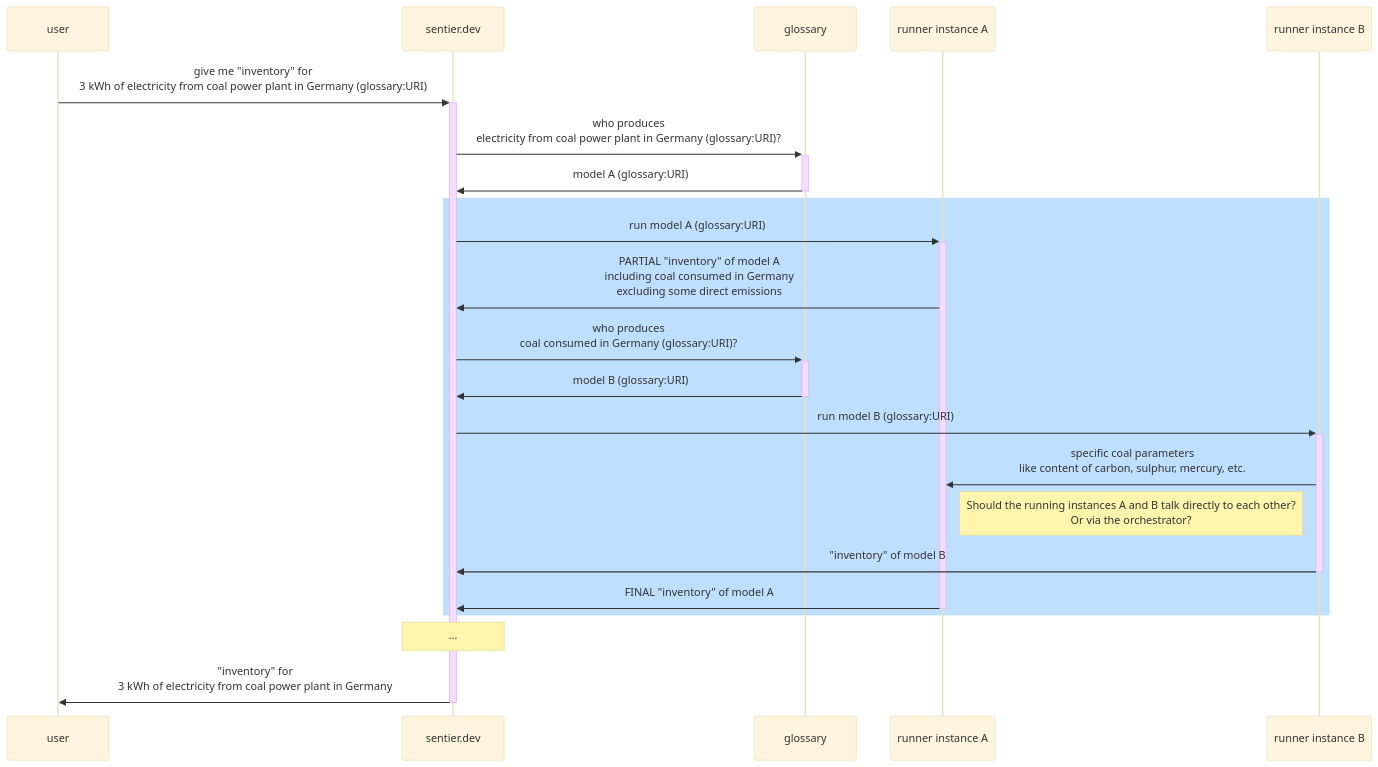
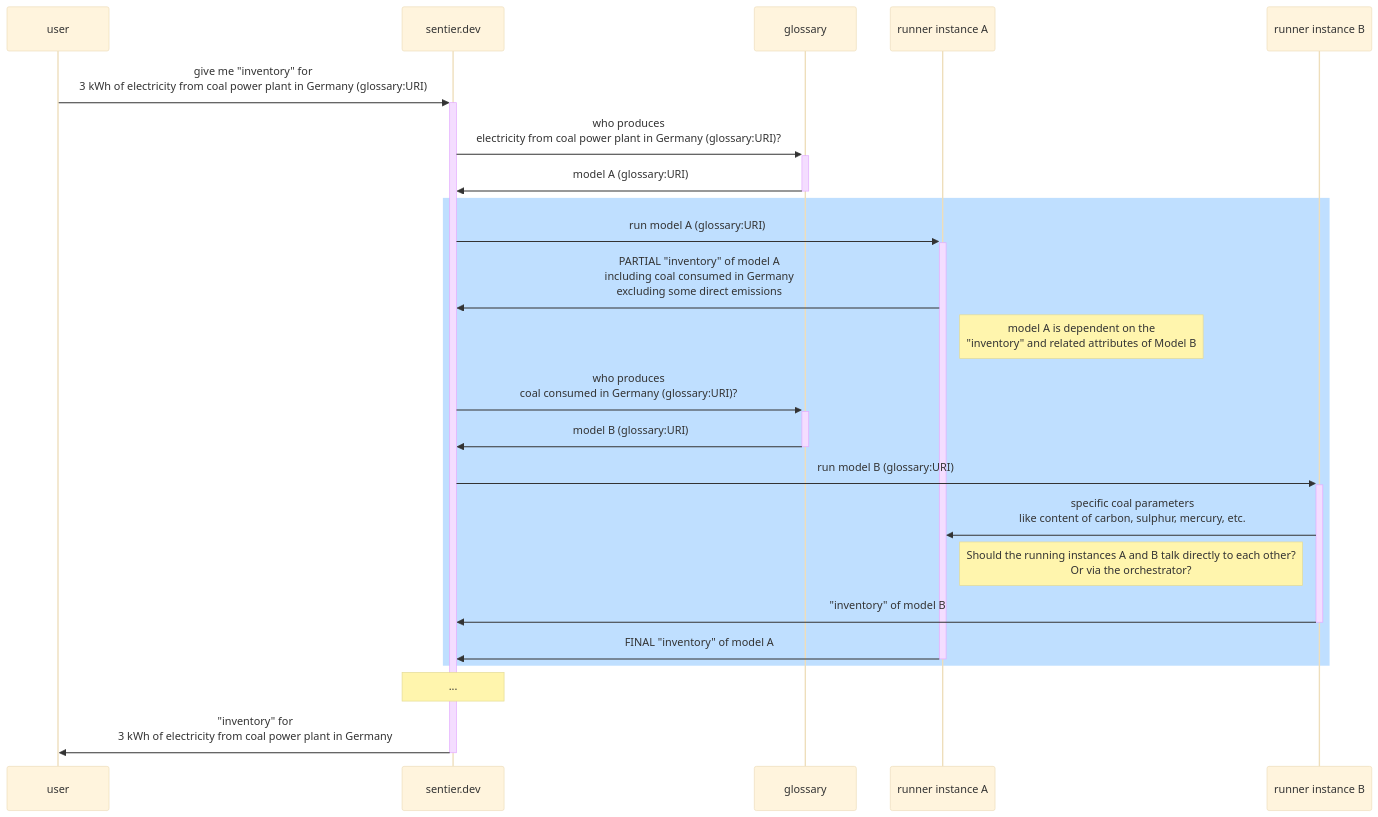
Before and after one commit to YannickSchubert/moeschberg_example_models: the second of 2 diagrams in README.md, drawn with Mermaid (base theme).

````diff
--- a/README.md
+++ b/README.md
@@ -44,19 +44,20 @@
 ```mermaid
 sequenceDiagram
 user->>+sentier.dev: give me "inventory" for<br/>3 kWh of electricity from coal power plant in Germany (glossary:URI)
 sentier.dev->>+glossary: who produces<br/>electricity from coal power plant in Germany (glossary:URI)?
 glossary->>-sentier.dev: model A (glossary:URI)
 rect rgb(191, 223, 255)
 sentier.dev->>+runner instance A: run model A (glossary:URI)
 runner instance A->>sentier.dev: PARTIAL "inventory" of model A<br/>including coal consumed in Germany<br/>excluding some direct emissions
+note right of runner instance A: model A is dependent on the<br/>"inventory" and related attributes of Model B
 sentier.dev->>+glossary: who produces<br/>coal consumed in Germany (glossary:URI)?
 glossary->>-sentier.dev: model B (glossary:URI)
 sentier.dev->>+runner instance B: run model B (glossary:URI)
 runner instance B->>runner instance A: specific coal parameters<br/>like content of carbon, sulphur, mercury, etc.
 note right of runner instance A: Should the running instances A and B talk directly to each other?<br/>Or via the orchestrator?
 runner instance B->>-sentier.dev: "inventory" of model B
 runner instance A->>-sentier.dev: FINAL "inventory" of model A
 end
 note over sentier.dev: ...
 sentier.dev->>-user: "inventory" for<br/>3 kWh of electricity from coal power plant in Germany
 ```
````
